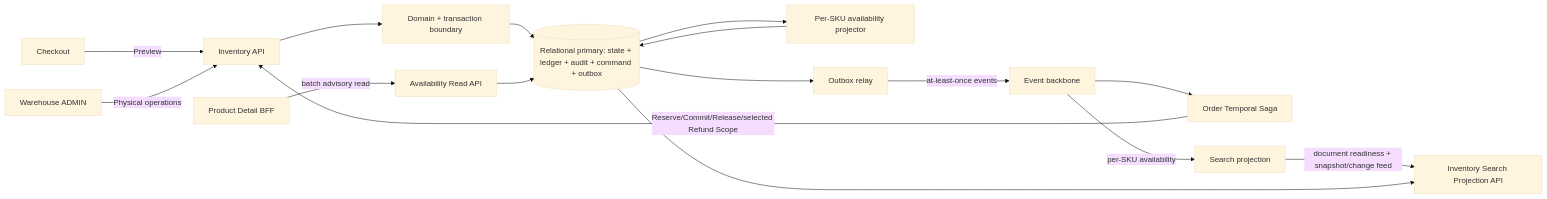
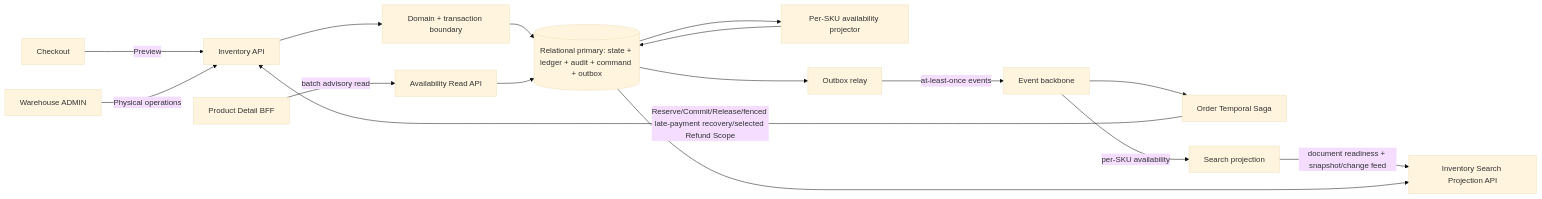
Before and after one commit to quangdung2110/e-commerce-microservices: the diagram in docs/inventory/architecture.md, drawn with Mermaid (base theme). The commit also changed other lines of this file and 11 other files, not shown here.

Commit message:
docs(inventory): add fenced late-payment recovery

````diff
--- a/docs/inventory/architecture.md
+++ b/docs/inventory/architecture.md
@@ -13,18 +13,18 @@
 ```mermaid
 flowchart LR
   Checkout -->|Preview| API[Inventory API]
-  Order[Order Temporal Saga] -->|Reserve/Commit/Release/selected Refund Scope| API
+  Order[Order Temporal Saga] -->|Reserve/Commit/Release/fenced late-payment recovery/selected Refund Scope| API
   Admin[Warehouse ADMIN] -->|Physical operations| API
   PDP[Product Detail BFF] -->|batch advisory read| AR[Availability Read API]
   API --> Domain[Domain + transaction boundary]
   Domain --> DB[(Relational primary: state + ledger + audit + command + outbox)]
   DB --> AP[Per-SKU availability projector]
   AP --> DB
   AR --> DB
   Relay[Outbox relay] -->|at-least-once events| Bus[Event backbone]
   DB --> Relay
   Bus --> Order
   Bus -->|per-SKU availability| Search[Search projection]
   Search -->|document readiness + snapshot/change feed| Export[Inventory Search Projection API]
   DB --> Export
 ```
````
